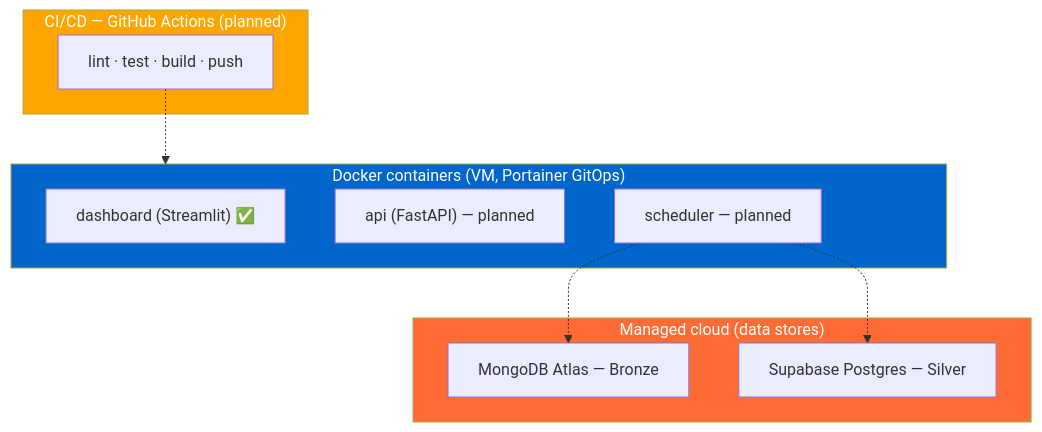
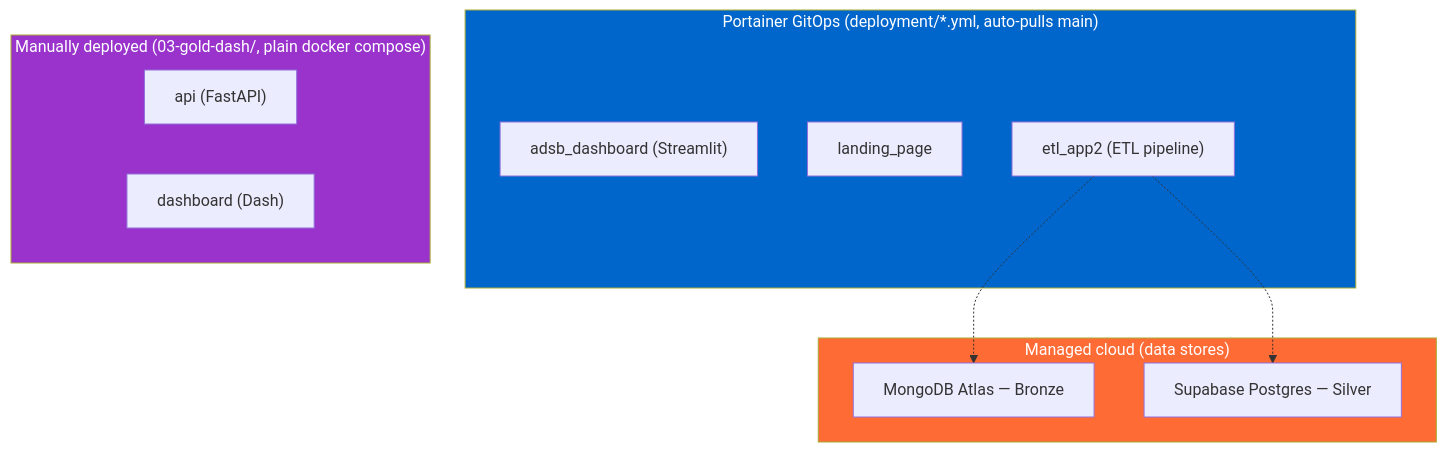
One commit to MatthiasSails/airline-data-platform changed the fourth of 6 diagrams in docs/architecture/README.md. Above: the diagram before and after it, drawn with Mermaid. The commit also changed other lines of this file and 16 other files, not shown here.

First line of the commit message:
Remove orphaned Jupyter tooling, redesign landing page & architecture docs (#19)

````diff
--- a/docs/architecture/README.md
+++ b/docs/architecture/README.md
@@ -123,23 +112,23 @@
 ```mermaid
 graph TB
     subgraph MANAGED["Managed cloud (data stores)"]
         M1["MongoDB Atlas — Bronze"]
         M2["Supabase Postgres — Silver"]
     end
-    subgraph COMPOSE["Docker containers (VM, Portainer GitOps)"]
-        C1["dashboard (Streamlit) ✅"]
-        C2["api (FastAPI) — planned"]
-        C3["scheduler — planned"]
+    subgraph GITOPS["Portainer GitOps (deployment/*.yml, auto-pulls main)"]
+        D1["adsb_dashboard (Streamlit)"]
+        D2["landing_page"]
+        D3["etl_app2 (ETL pipeline)"]
     end
-    subgraph CICD["CI/CD — GitHub Actions (planned)"]
-        CI["lint · test · build · push"]
+    subgraph MANUAL["Manually deployed (03-gold-dash/, plain docker compose)"]
+        D4["api (FastAPI)"]
+        D5["dashboard (Dash)"]
     end
 
-    C3 -.-> M1
-    C3 -.-> M2
-    CI -.-> COMPOSE
+    D3 -.-> M1
+    D3 -.-> M2
 
     style MANAGED fill:#FF6B35,color:#fff
-    style COMPOSE fill:#0066CC,color:#fff
-    style CICD fill:#FFA500,color:#fff
+    style GITOPS fill:#0066CC,color:#fff
+    style MANUAL fill:#9933CC,color:#fff
 ```
````
